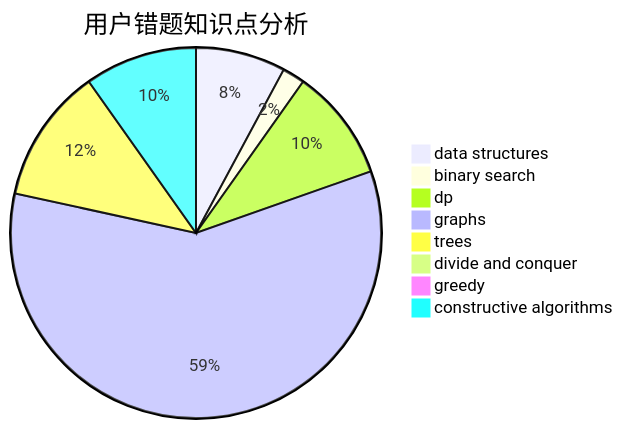
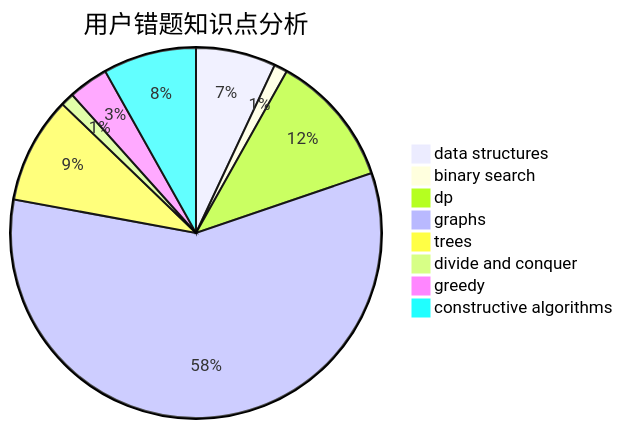
Before and after one commit to sherpahu/cfrs.github.io: the third of 3 diagrams in docs/user/u749.md, drawn with Mermaid. The commit also changed other lines of this file and 2770 other files, not shown here.

````diff
--- a/docs/user/u749.md
+++ b/docs/user/u749.md
@@ -36,11 +36,11 @@
 ```mermaid
 pie title 用户错题知识点分析
-    "data structures" :  4
+    "data structures" :  6
     "binary search" :  1
-    "dp" :  5
-    "graphs" :  30
-    "trees" :  6
-    "divide and conquer" :  0
-    "greedy" :  0
-    "constructive algorithms" :  5
+    "dp" :  10
+    "graphs" :  50
+    "trees" :  8
+    "divide and conquer" :  1
+    "greedy" :  3
+    "constructive algorithms" :  7
 ```
````
